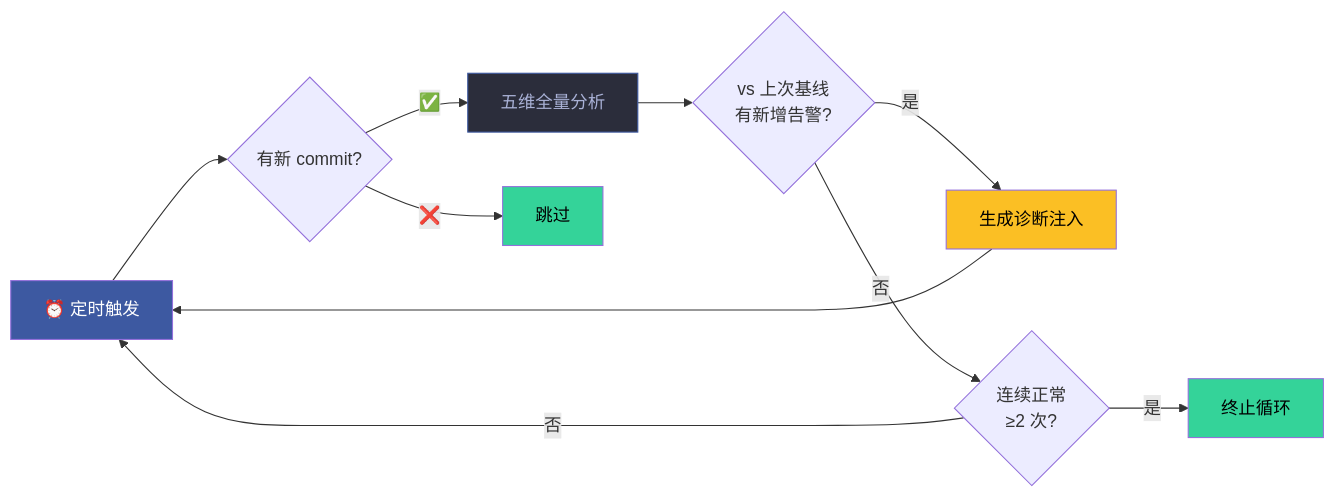
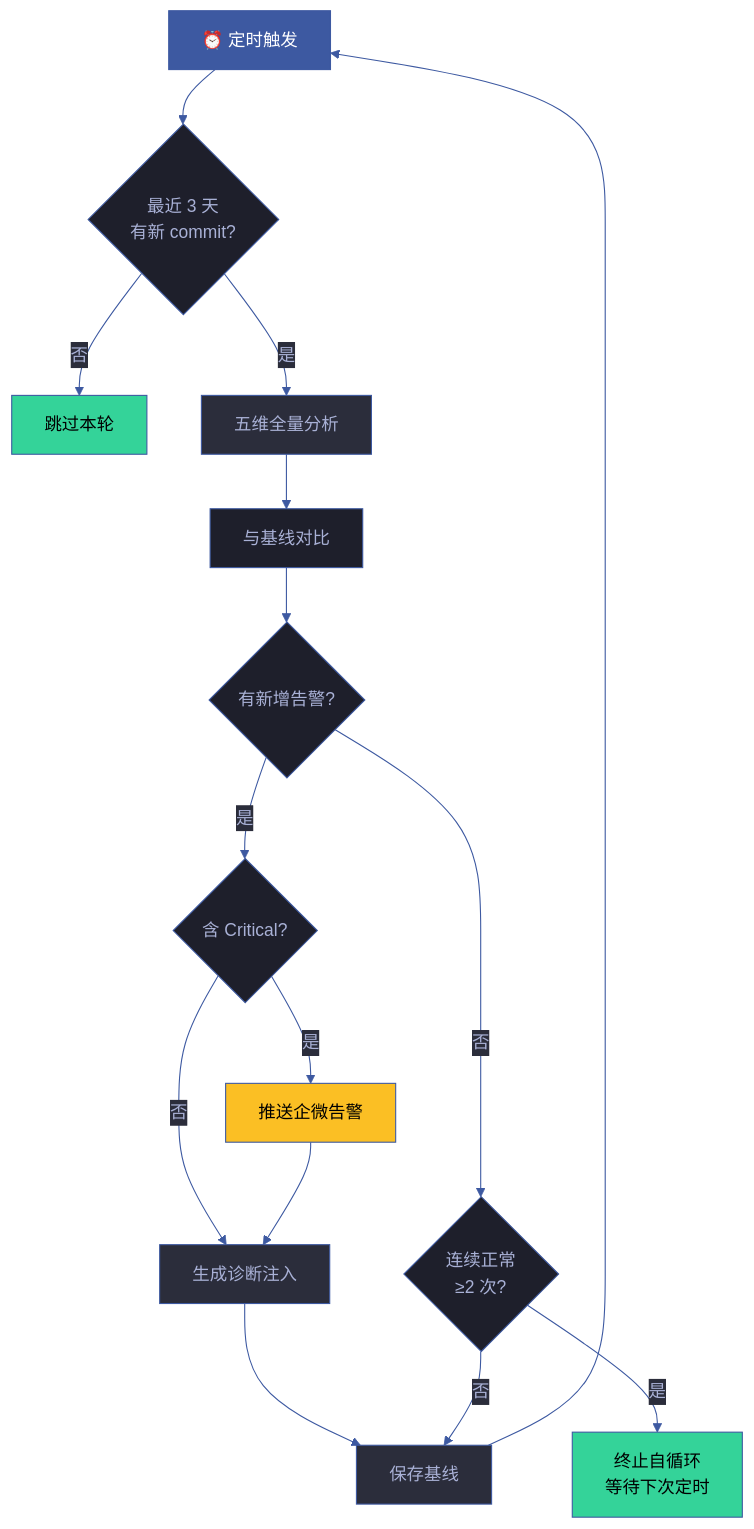
Before and after one commit to effiy/YrY: the second of 3 diagrams in skills/rui-analysis/SKILL.md, drawn with Mermaid. The commit also changed other lines of this file and 1028 other files, not shown here.

````diff
--- a/skills/rui-analysis/SKILL.md
+++ b/skills/rui-analysis/SKILL.md
@@ -151,17 +521,30 @@
 ```mermaid
-flowchart LR
-    LOOP["⏰ 定时触发"]:::entry --> CHECK{"有新 commit?"}
-    CHECK -->|"✅"| ANALYZE["五维全量分析"]:::op
-    CHECK -->|"❌"| SKIP["跳过"]:::done
-    ANALYZE --> DIFF{"vs 上次基线<br/>有新增告警?"}
-    DIFF -->|"是"| ALERT["生成诊断注入"]:::warn
-    DIFF -->|"否"| COUNT{"连续正常<br/>≥2 次?"}
-    COUNT -->|"是"| STOP["终止循环"]:::done
-    COUNT -->|"否"| LOOP
-    ALERT --> LOOP
+%%{init: {'theme': 'base', 'themeVariables': {
+  'primaryColor': '#1e1f2b',
+  'primaryTextColor': '#a9b1d6',
+  'primaryBorderColor': '#3d59a1',
+  'lineColor': '#3d59a1',
+  'secondaryColor': '#2b2d3b',
+  'tertiaryColor': '#21232f'
+}}}%%
+flowchart TD
+    A["⏰ 定时触发"]:::entry --> B{"最近 3 天<br/>有新 commit?"}
+    B -->|"否"| C["跳过本轮"]:::done
+    B -->|"是"| D["五维全量分析"]:::op
+    D --> E["与基线对比"]
+    E --> F{"有新增告警?"}
+    F -->|"是"| G{"含 Critical?"}
+    G -->|"是"| H["推送企微告警"]:::warn
+    G -->|"否"| I["生成诊断注入"]:::op
+    H --> I
+    I --> J["保存基线"]:::op
+    F -->|"否"| K{"连续正常<br/>≥2 次?"}
+    K -->|"是"| L["终止自循环<br/>等待下次定时"]:::done
+    K -->|"否"| J
+    J --> A
 
     classDef entry fill:#3d59a1,color:#fff
     classDef op fill:#2b2d3b,stroke:#3d59a1,color:#a9b1d6
     classDef warn fill:#fbbf24,color:#000
     classDef done fill:#34d399,color:#000
 ```
````
